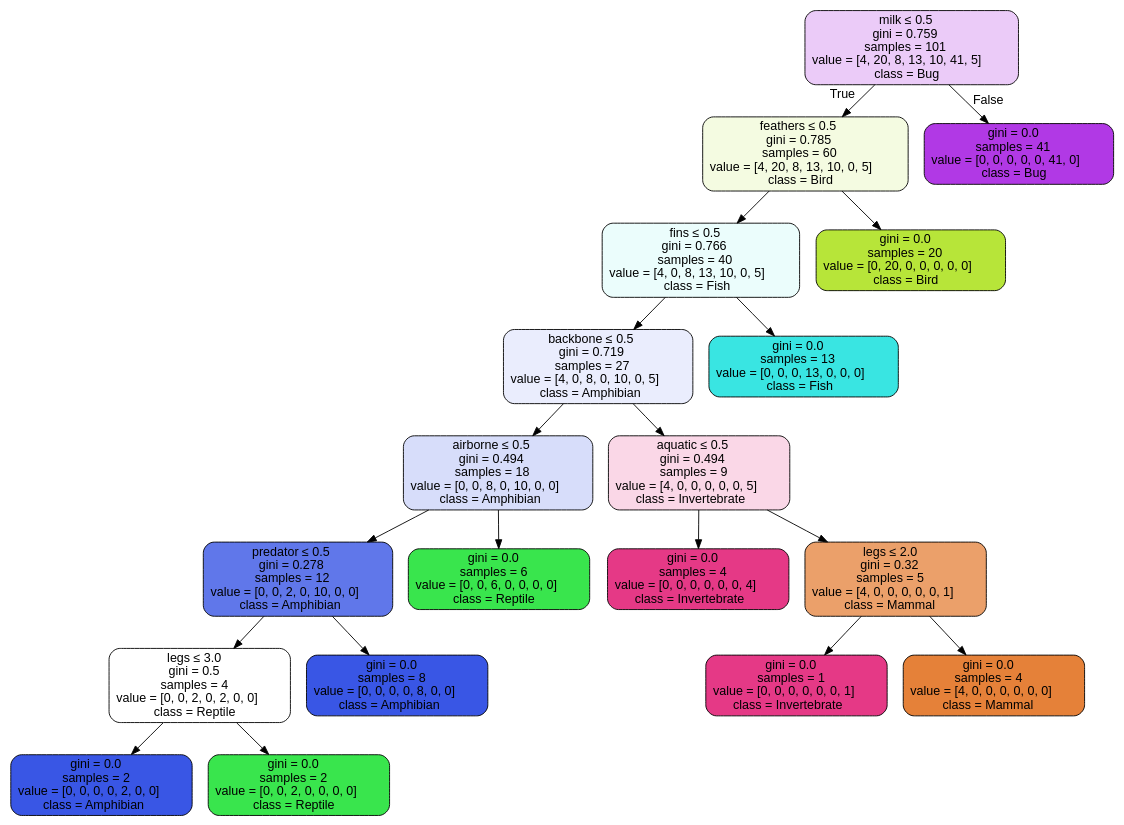
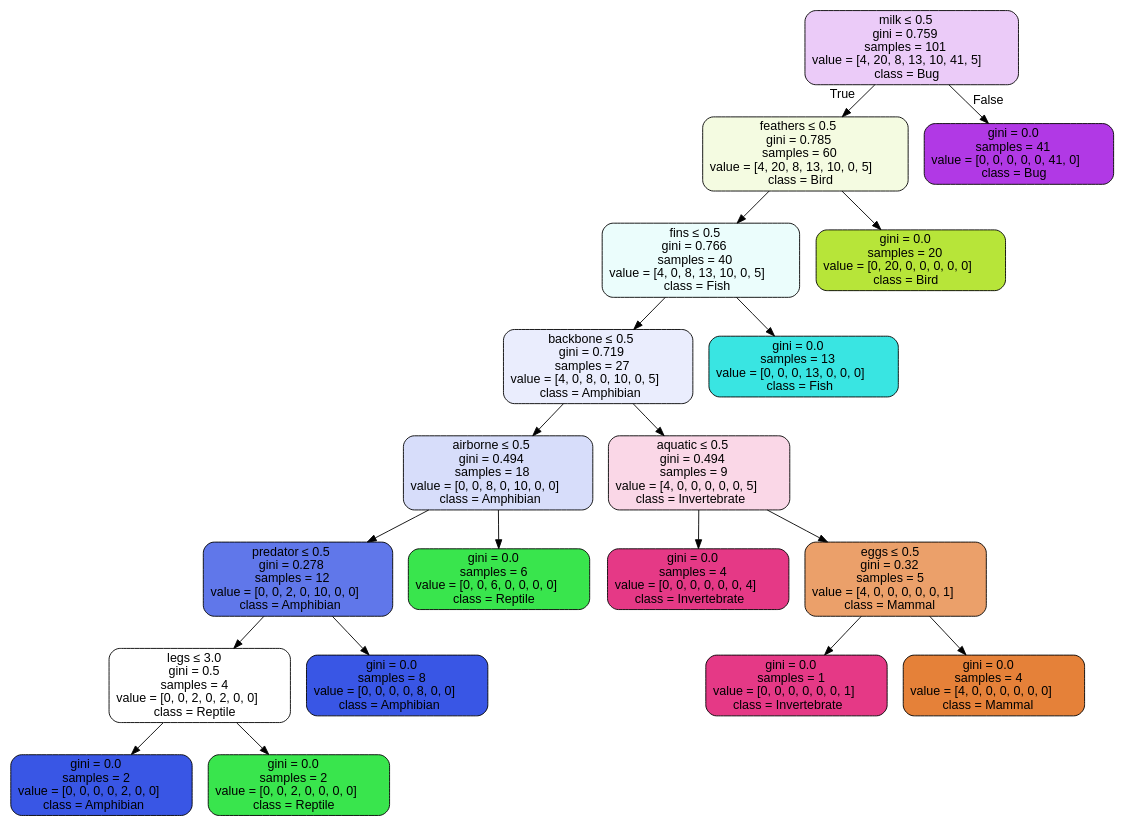
The diagram in zoo.dot (chiu/decision-tree-visualizer), drawn with Graphviz before and after one commit. The commit also changed 57 other files, not shown here.

```diff
--- a/zoo.dot
+++ b/zoo.dot
@@ -1,41 +1,41 @@
 digraph Tree {
 node [shape=box, style="filled, rounded", color="black", fontname=helvetica] ;
 edge [fontname=helvetica] ;
 0 [label=<milk &le; 0.5<br/>gini = 0.759<br/>samples = 101<br/>value = [4, 20, 8, 13, 10, 41, 5]<br/>class = Bug>, fillcolor="#b139e542"] ;
 1 [label=<feathers &le; 0.5<br/>gini = 0.785<br/>samples = 60<br/>value = [4, 20, 8, 13, 10, 0, 5]<br/>class = Bird>, fillcolor="#b7e53926"] ;
 0 -> 1 [labeldistance=2.5, labelangle=45, headlabel="True"] ;
 2 [label=<fins &le; 0.5<br/>gini = 0.766<br/>samples = 40<br/>value = [4, 0, 8, 13, 10, 0, 5]<br/>class = Fish>, fillcolor="#39e5e21a"] ;
 1 -> 2 ;
 3 [label=<backbone &le; 0.5<br/>gini = 0.719<br/>samples = 27<br/>value = [4, 0, 8, 0, 10, 0, 5]<br/>class = Amphibian>, fillcolor="#3956e51b"] ;
 2 -> 3 ;
 4 [label=<airborne &le; 0.5<br/>gini = 0.494<br/>samples = 18<br/>value = [0, 0, 8, 0, 10, 0, 0]<br/>class = Amphibian>, fillcolor="#3956e533"] ;
 3 -> 4 ;
 5 [label=<predator &le; 0.5<br/>gini = 0.278<br/>samples = 12<br/>value = [0, 0, 2, 0, 10, 0, 0]<br/>class = Amphibian>, fillcolor="#3956e5cc"] ;
 4 -> 5 ;
 6 [label=<legs &le; 3.0<br/>gini = 0.5<br/>samples = 4<br/>value = [0, 0, 2, 0, 2, 0, 0]<br/>class = Reptile>, fillcolor="#39e54d00"] ;
 5 -> 6 ;
 7 [label=<gini = 0.0<br/>samples = 2<br/>value = [0, 0, 0, 0, 2, 0, 0]<br/>class = Amphibian>, fillcolor="#3956e5ff"] ;
 6 -> 7 ;
 8 [label=<gini = 0.0<br/>samples = 2<br/>value = [0, 0, 2, 0, 0, 0, 0]<br/>class = Reptile>, fillcolor="#39e54dff"] ;
 6 -> 8 ;
 9 [label=<gini = 0.0<br/>samples = 8<br/>value = [0, 0, 0, 0, 8, 0, 0]<br/>class = Amphibian>, fillcolor="#3956e5ff"] ;
 5 -> 9 ;
 10 [label=<gini = 0.0<br/>samples = 6<br/>value = [0, 0, 6, 0, 0, 0, 0]<br/>class = Reptile>, fillcolor="#39e54dff"] ;
 4 -> 10 ;
 11 [label=<aquatic &le; 0.5<br/>gini = 0.494<br/>samples = 9<br/>value = [4, 0, 0, 0, 0, 0, 5]<br/>class = Invertebrate>, fillcolor="#e5398633"] ;
 3 -> 11 ;
 12 [label=<gini = 0.0<br/>samples = 4<br/>value = [0, 0, 0, 0, 0, 0, 4]<br/>class = Invertebrate>, fillcolor="#e53986ff"] ;
 11 -> 12 ;
-13 [label=<legs &le; 2.0<br/>gini = 0.32<br/>samples = 5<br/>value = [4, 0, 0, 0, 0, 0, 1]<br/>class = Mammal>, fillcolor="#e58139bf"] ;
+13 [label=<eggs &le; 0.5<br/>gini = 0.32<br/>samples = 5<br/>value = [4, 0, 0, 0, 0, 0, 1]<br/>class = Mammal>, fillcolor="#e58139bf"] ;
 11 -> 13 ;
 14 [label=<gini = 0.0<br/>samples = 1<br/>value = [0, 0, 0, 0, 0, 0, 1]<br/>class = Invertebrate>, fillcolor="#e53986ff"] ;
 13 -> 14 ;
 15 [label=<gini = 0.0<br/>samples = 4<br/>value = [4, 0, 0, 0, 0, 0, 0]<br/>class = Mammal>, fillcolor="#e58139ff"] ;
 13 -> 15 ;
 16 [label=<gini = 0.0<br/>samples = 13<br/>value = [0, 0, 0, 13, 0, 0, 0]<br/>class = Fish>, fillcolor="#39e5e2ff"] ;
 2 -> 16 ;
 17 [label=<gini = 0.0<br/>samples = 20<br/>value = [0, 20, 0, 0, 0, 0, 0]<br/>class = Bird>, fillcolor="#b7e539ff"] ;
 1 -> 17 ;
 18 [label=<gini = 0.0<br/>samples = 41<br/>value = [0, 0, 0, 0, 0, 41, 0]<br/>class = Bug>, fillcolor="#b139e5ff"] ;
 0 -> 18 [labeldistance=2.5, labelangle=-45, headlabel="False"] ;
 }
```
